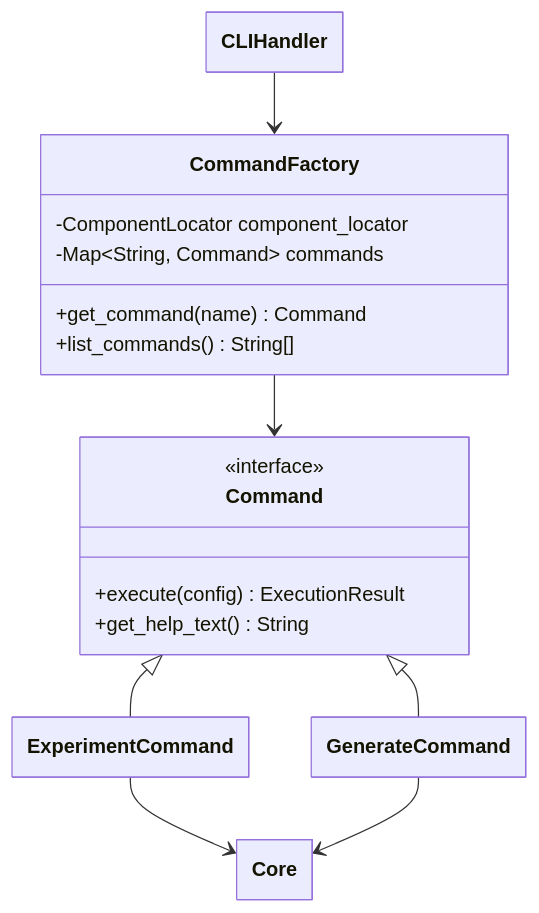
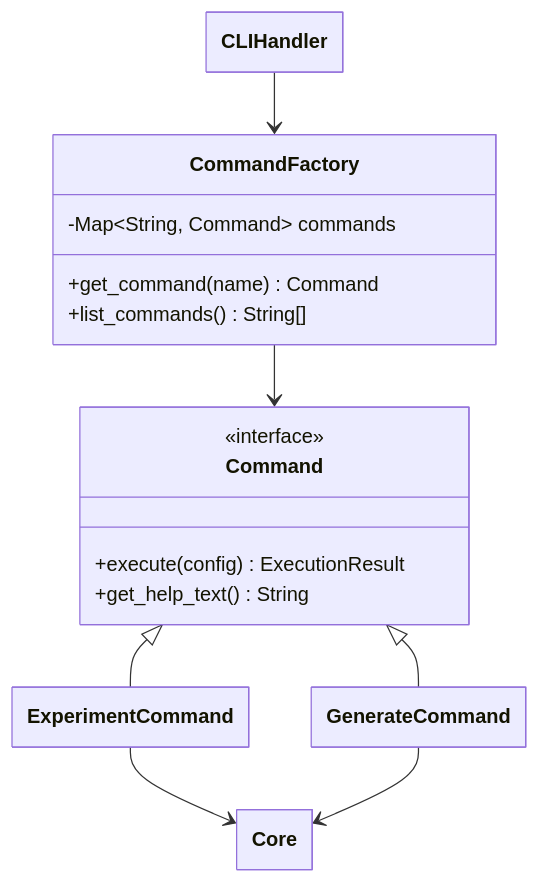
The fourth of 7 diagrams in docs/design.md (FilippoGurioli/test-2-code-llm), drawn with Mermaid before and after one commit. The commit also changed 1 other file, not shown here.

Commit message:
docs: create a todo list

````diff
--- a/docs/design.md
+++ b/docs/design.md
@@ -140,31 +140,30 @@
 ```mermaid
 ---
   config:
     class:
       hideEmptyMembersBox: true
 ---
 classDiagram
     class CommandFactory {
-        -ComponentLocator component_locator
         -Map~String, Command~ commands
         +get_command(name) Command
         +list_commands() String[]
     }
 
     class Command {
         <<interface>>
         +execute(config) ExecutionResult
         +get_help_text() String
     }
 
     class GenerateCommand {}
 
     class ExperimentCommand {}
 
     CLIHandler --> CommandFactory
     CommandFactory --> Command
     Command <|-- GenerateCommand
     Command <|-- ExperimentCommand
     ExperimentCommand --> Core
     GenerateCommand --> Core
 ```
````
